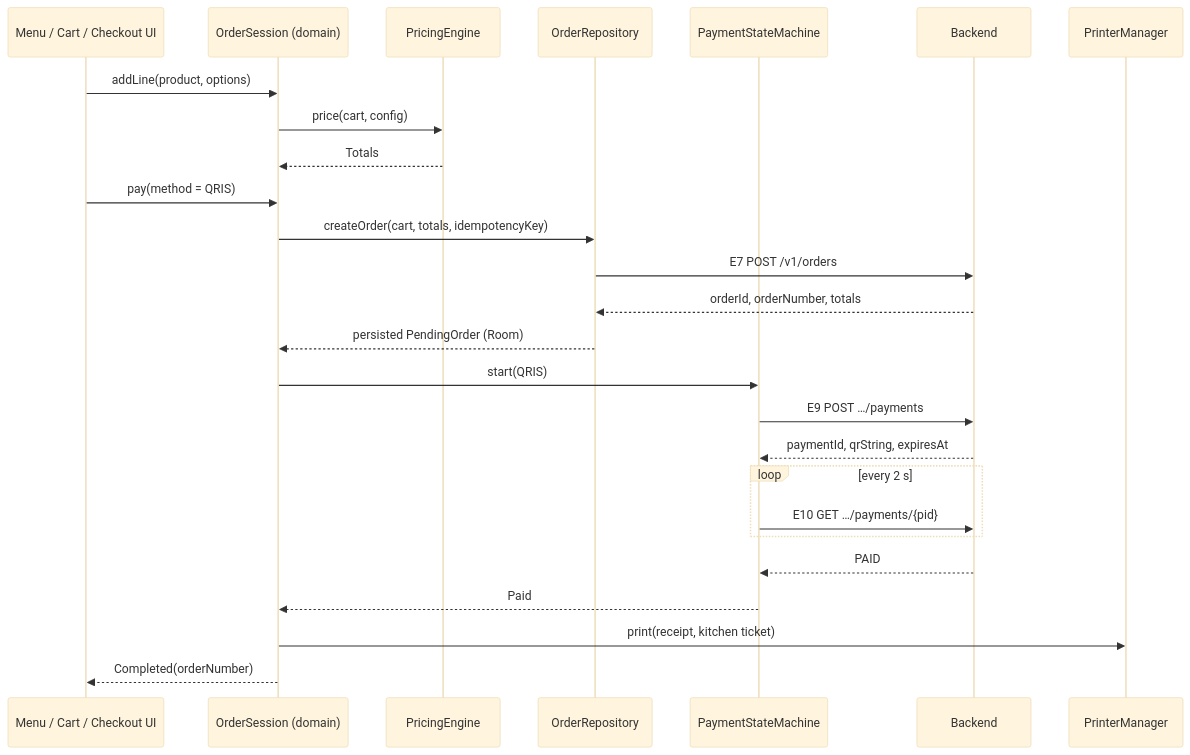
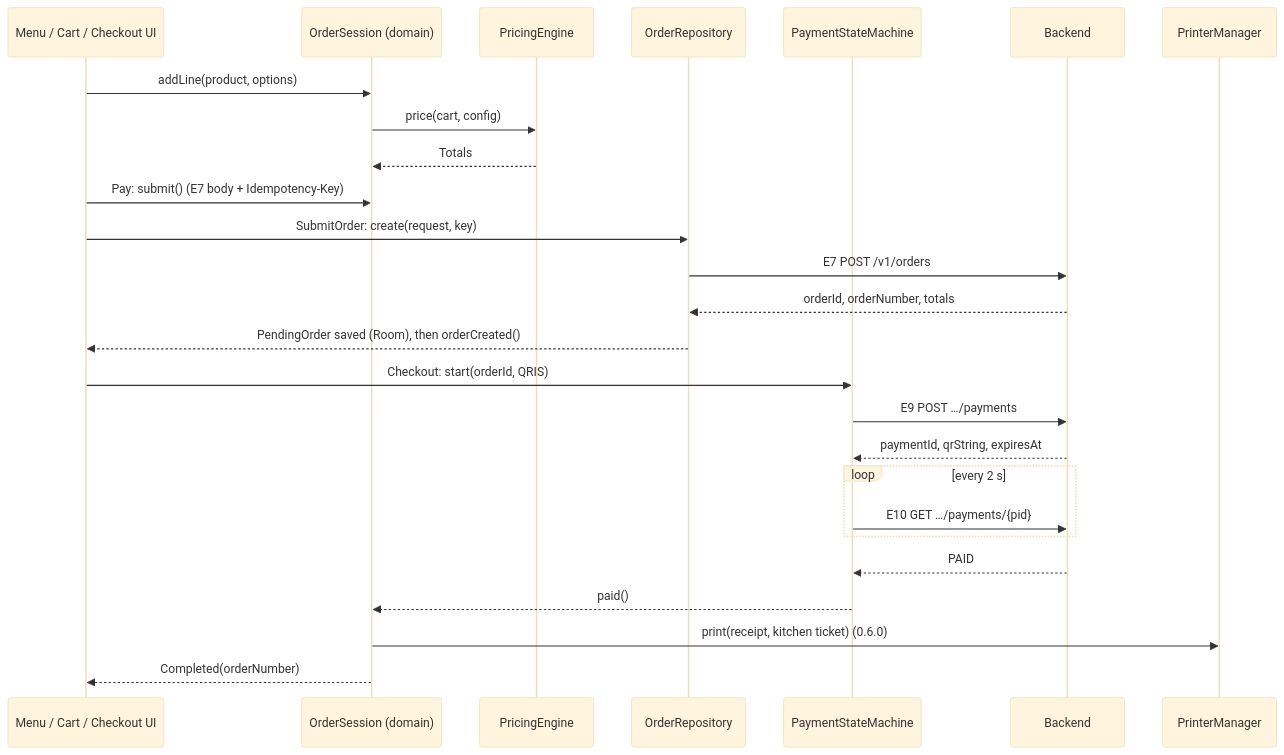
One commit to MustakimArianto/Hitachi-Kiosk changed the third of 5 diagrams in docs/architecture.md. Above: the diagram before and after it, drawn with Mermaid (base theme). The commit also changed other lines of this file and 12 other files, not shown here.

````diff
--- a/docs/architecture.md
+++ b/docs/architecture.md
@@ -104,29 +104,29 @@
 ```mermaid
 sequenceDiagram
     participant UI as Menu / Cart / Checkout UI
     participant S as OrderSession (domain)
     participant PE as PricingEngine
     participant OR as OrderRepository
     participant PSM as PaymentStateMachine
     participant BE as Backend
     participant PM as PrinterManager
 
     UI->>S: addLine(product, options)
     S->>PE: price(cart, config)
     PE-->>S: Totals
-    UI->>S: pay(method = QRIS)
-    S->>OR: createOrder(cart, totals, idempotencyKey)
+    UI->>S: Pay: submit() (E7 body + Idempotency-Key)
+    UI->>OR: SubmitOrder: create(request, key)
     OR->>BE: E7 POST /v1/orders
     BE-->>OR: orderId, orderNumber, totals
-    OR-->>S: persisted PendingOrder (Room)
-    S->>PSM: start(QRIS)
+    OR-->>UI: PendingOrder saved (Room), then orderCreated()
+    UI->>PSM: Checkout: start(orderId, QRIS)
     PSM->>BE: E9 POST …/payments
     BE-->>PSM: paymentId, qrString, expiresAt
     loop every 2 s
         PSM->>BE: E10 GET …/payments/{pid}
     end
     BE-->>PSM: PAID
-    PSM-->>S: Paid
-    S->>PM: print(receipt, kitchen ticket)
+    PSM-->>S: paid()
+    S->>PM: print(receipt, kitchen ticket) (0.6.0)
     S-->>UI: Completed(orderNumber)
 ```
````
